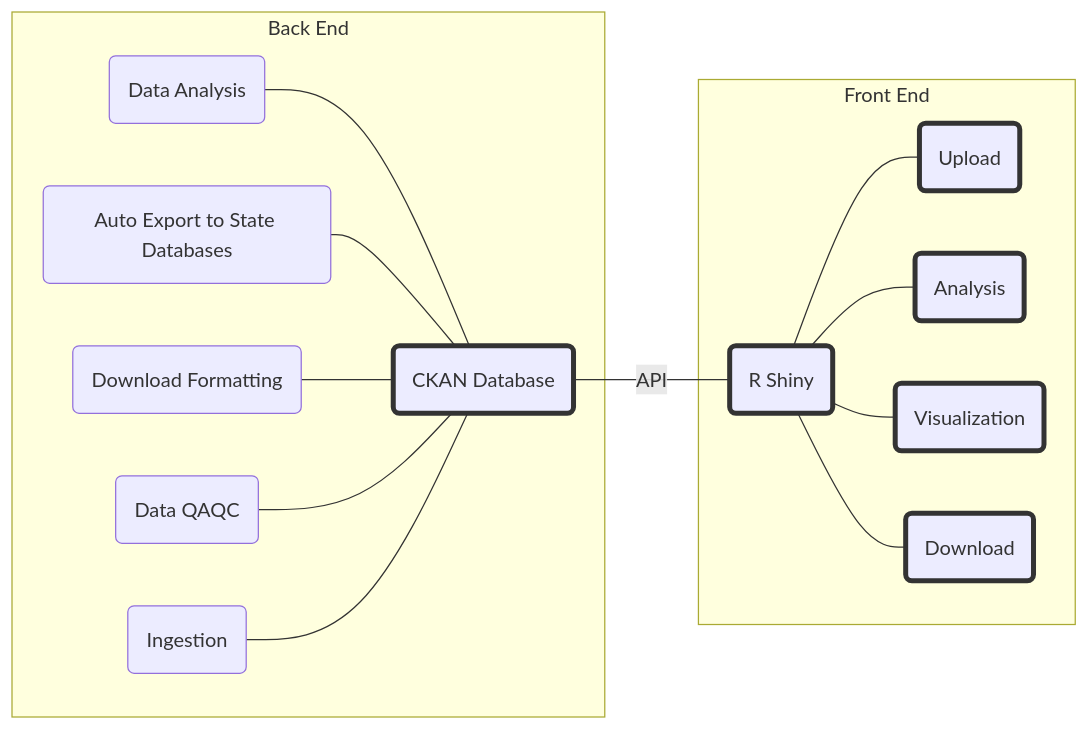
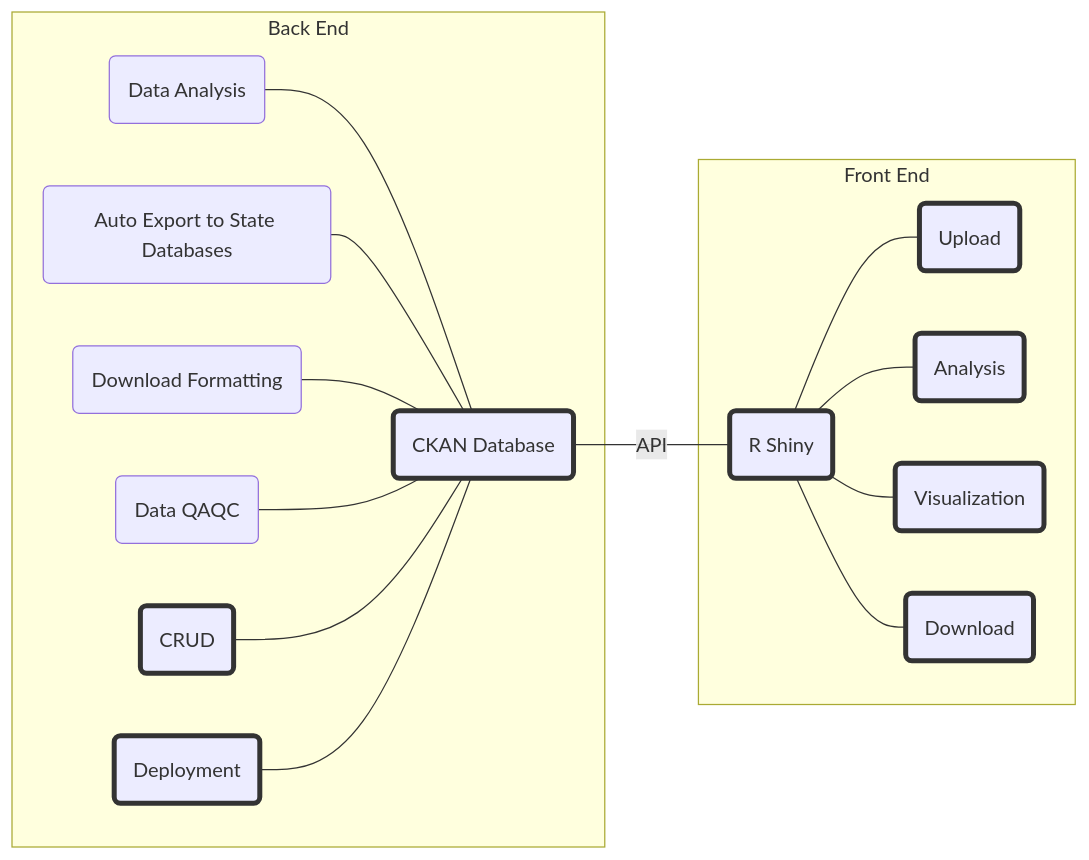
One commit to Moore-Institute-4-Plastic-Pollution-Res/Microplastic_Data_Portal changed the second of 3 diagrams in README.md. Above: the diagram before and after it, drawn with Mermaid.

````diff
--- a/README.md
+++ b/README.md
@@ -74,29 +74,34 @@
 ```mermaid
 graph LR
     B(CKAN Database)--API---I(R Shiny);
       subgraph Back End
       A(Data Analysis)---B;
       C(Auto Export to State Databases)---B;
       D(Download Formatting)---B;
       E(Data QAQC)---B;
-      F(Ingestion)---B;
+      F(CRUD)---B;
+      G(Deployment)---B;
       end
       subgraph Front End
       I---J(Upload);
       I---K(Analysis);
       I---L(Visualization);
       I---M(Download);
       end
       click B href "https://github.com/ckan/ckan" _blank
       click I "https://shiny.rstudio.com/" "R Shiny"
       click L "https://plotly.com/r/" "Plotly"
       click J "https://shiny.rstudio.com/gallery/file-upload.html" "Upload"
       click M "https://shiny.rstudio.com/gallery/file-download.html" "Download"
       click K "https://www.tidyverse.org/" "tidyverse"
+      click F "https://github.com/ropensci/ckanr"
+      click G "https://docs.ckan.org/en/2.9/maintaining/installing/install-from-docker-compose.html"
       style B stroke:#333,stroke-width:4px
+      style F stroke:#333,stroke-width:4px
+      style G stroke:#333,stroke-width:4px
       style I stroke:#333,stroke-width:4px
       style L stroke:#333,stroke-width:4px
       style J stroke:#333,stroke-width:4px
       style M stroke:#333,stroke-width:4px
       style K stroke:#333,stroke-width:4px
 ```
````
